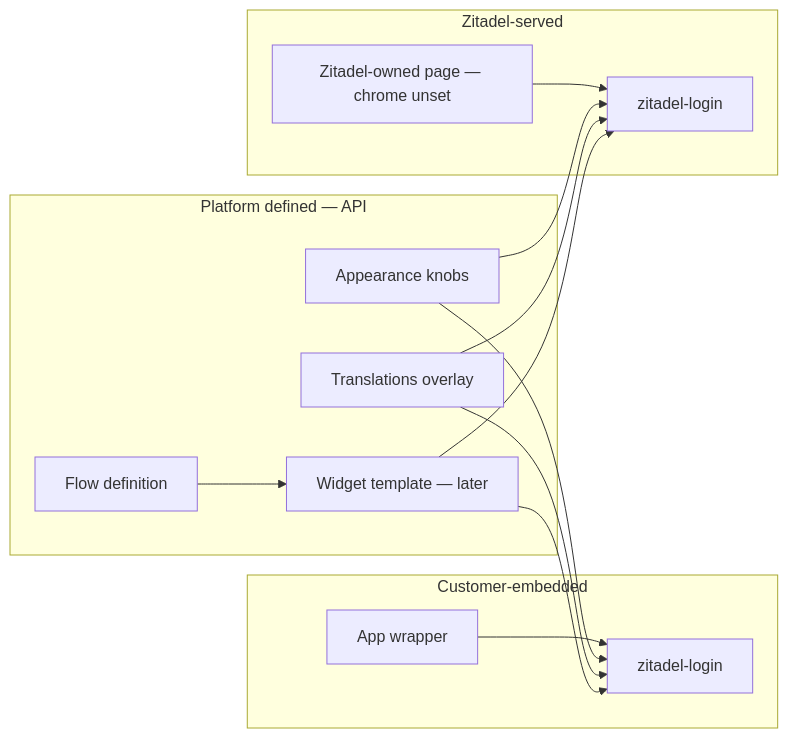
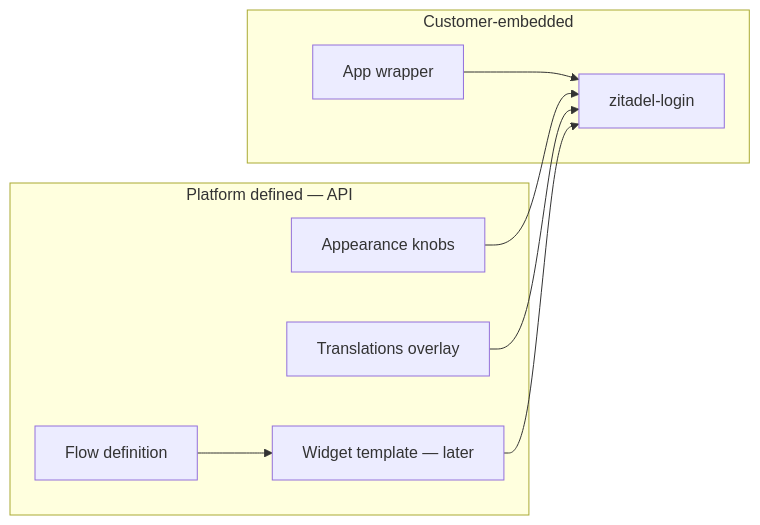
One commit to zitadel/nextgen changed the third of 4 diagrams in docs/design/branding/customization-strategy.md. Above: the diagram before and after it, drawn with Mermaid. The commit also changed other lines of this file and 97 other files, not shown here.

First line of the commit message:
fix(login)!: stop serving a login page from the server at /ui/login/

````diff
--- a/docs/design/branding/customization-strategy.md
+++ b/docs/design/branding/customization-strategy.md
@@ -191,26 +182,18 @@
 ```mermaid
 flowchart LR
   subgraph embed [Customer-embedded]
     EW[App wrapper]
     EL[zitadel-login]
     EW --> EL
-  end
-  subgraph served [Zitadel-served]
-    SP[Zitadel-owned page — chrome unset]
-    SL[zitadel-login]
-    SP --> SL
   end
   subgraph api [Platform defined — API]
     AP[Appearance knobs]
     TR[Translations overlay]
     FL[Flow definition]
     WT[Widget template — later]
   end
   AP --> EL
-  AP --> SL
   TR --> EL
-  TR --> SL
   FL --> WT
   WT --> EL
-  WT --> SL
 ```
````
